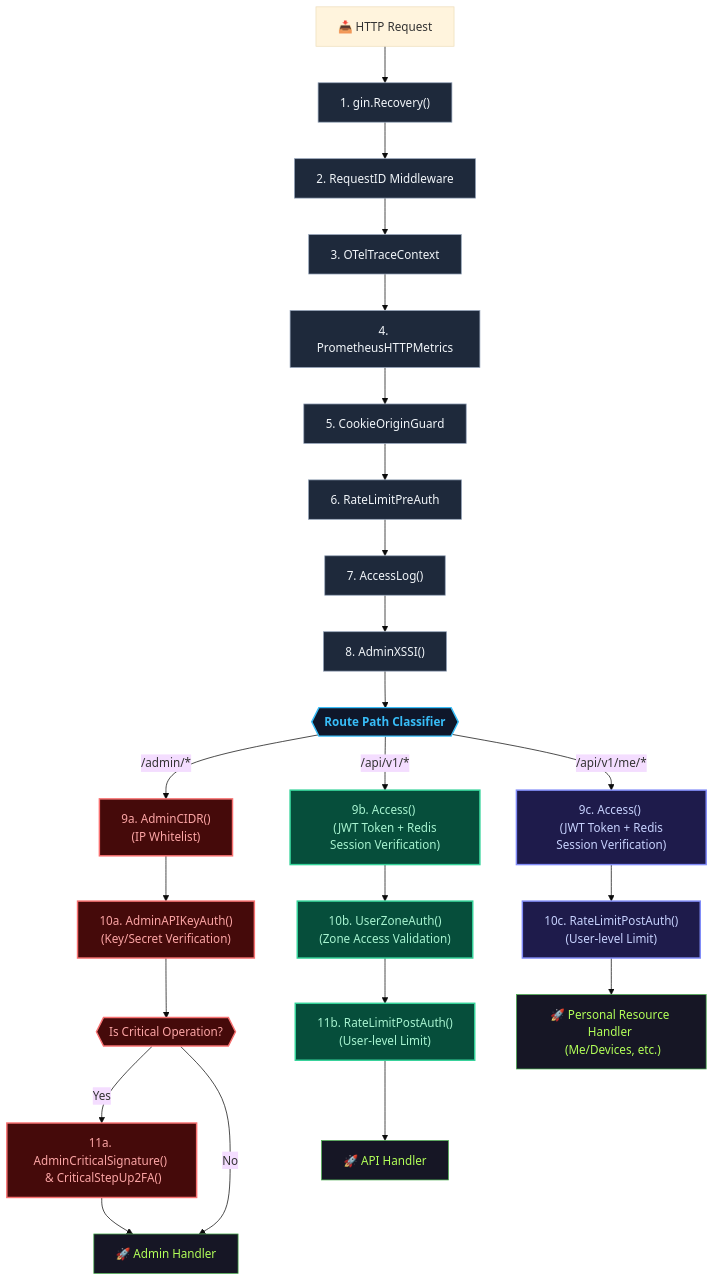
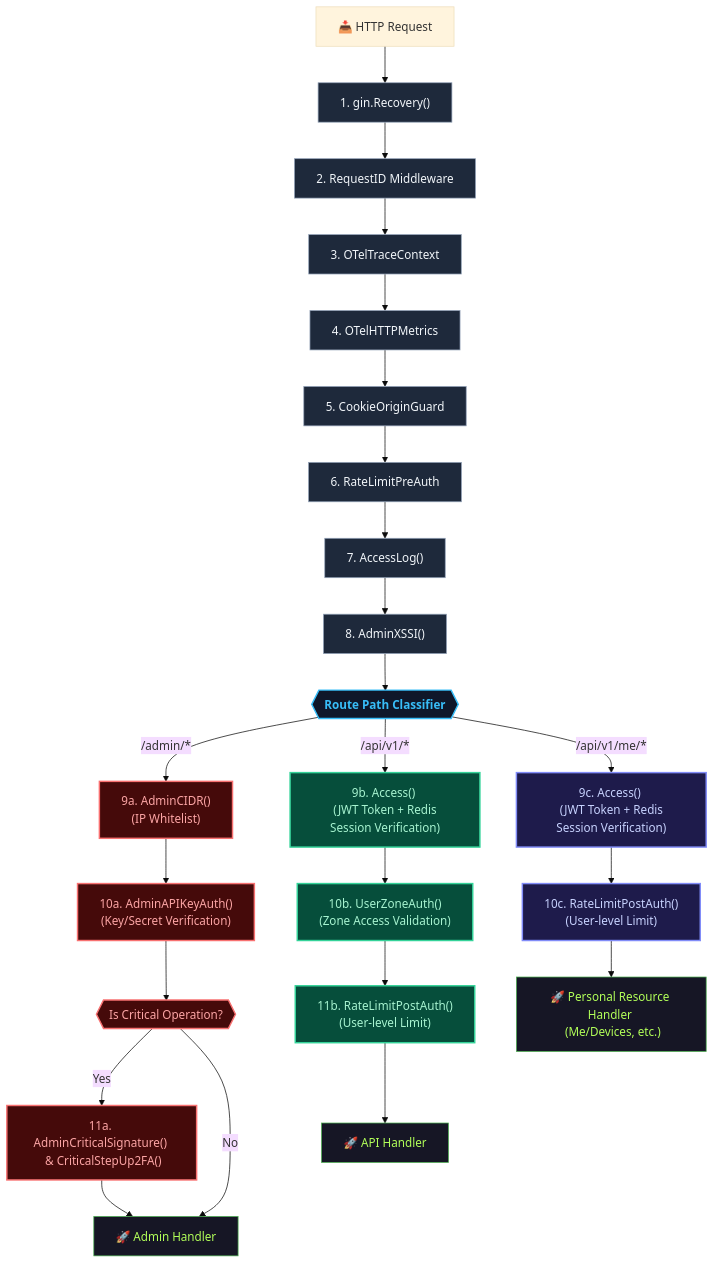
The diagram in controlplane/docs/contract/middleware-pipeline-canonical-contract.md (phucle996/aurora), drawn with Mermaid (base theme) before and after one commit. The commit also changed 71 other files, not shown here.

Commit message:
refactor: consolidate observability metrics and migrate from Prometheus to OpenTelemetry across all services

````diff
--- a/controlplane/docs/contract/middleware-pipeline-canonical-contract.md
+++ b/controlplane/docs/contract/middleware-pipeline-canonical-contract.md
@@ -21,41 +21,41 @@
 ```mermaid
 flowchart TD
     %% Styling
     classDef globalMid fill:#1E293B,stroke:#94A3B8,stroke-width:1px,color:#F1F5F9;
     classDef routeStyle fill:#0F172A,stroke:#38BDF8,stroke-width:2px,color:#38BDF8,font-weight:bold;
     classDef adminStyle fill:#450A0A,stroke:#F87171,stroke-width:2px,color:#FCA5A5;
     classDef apiStyle fill:#064E3B,stroke:#34D399,stroke-width:2px,color:#A7F3D0;
     classDef meStyle fill:#1E1B4B,stroke:#818CF8,stroke-width:2px,color:#C7D2FE;
     classDef handlerStyle fill:#161625,stroke:#4CAF50,stroke-width:1px,color:#B2FF59;
 
     Request["📥 HTTP Request"] --> Recovery["1. gin.Recovery()"]:::globalMid
     Recovery --> ReqID["2. RequestID Middleware"]:::globalMid
     ReqID --> Trace["3. OTelTraceContext"]:::globalMid
-    Trace --> Metrics["4. PrometheusHTTPMetrics"]:::globalMid
+    Trace --> Metrics["4. OTelHTTPMetrics"]:::globalMid
     Metrics --> CSRF["5. CookieOriginGuard"]:::globalMid
     CSRF --> PreRL["6. RateLimitPreAuth"]:::globalMid
     PreRL --> AccessLog["7. AccessLog()"]:::globalMid
     AccessLog --> XSSI["8. AdminXSSI()"]:::globalMid
 
     %% Branching
     XSSI --> RouteBranch{{"Route Path Classifier"}}:::routeStyle
 
     %% Admin Route Branch
     RouteBranch -->|"/admin/*"| AdminCIDR["9a. AdminCIDR() <br/> (IP Whitelist)"]:::adminStyle
     AdminCIDR --> AdminAuth["10a. AdminAPIKeyAuth() <br/> (Key/Secret Verification)"]:::adminStyle
     AdminAuth --> AdminCriticalBranch{{"Is Critical Operation?"}}:::adminStyle
     AdminCriticalBranch -->|Yes| AdminSig["11a. AdminCriticalSignature() <br/> & CriticalStepUp2FA()"]:::adminStyle
     AdminCriticalBranch -->|No| AdminHandler["🚀 Admin Handler"]:::handlerStyle
     AdminSig --> AdminHandler
 
     %% API Route Branch
     RouteBranch -->|"/api/v1/*"| APIAccess["9b. Access() <br/> (JWT Token + Redis Session Verification)"]:::apiStyle
     APIAccess --> UserZone["10b. UserZoneAuth() <br/> (Zone Access Validation)"]:::apiStyle
     UserZone --> APIRL["11b. RateLimitPostAuth() <br/> (User-level Limit)"]:::apiStyle
     APIRL --> APIHandler["🚀 API Handler"]:::handlerStyle
 
     %% Me Route Branch
     RouteBranch -->|"/api/v1/me/*"| MeAccess["9c. Access() <br/> (JWT Token + Redis Session Verification)"]:::meStyle
     MeAccess --> MeRL["10c. RateLimitPostAuth() <br/> (User-level Limit)"]:::meStyle
     MeRL --> MeHandler["🚀 Personal Resource Handler <br/> (Me/Devices, etc.)"]:::handlerStyle
 ```
````
